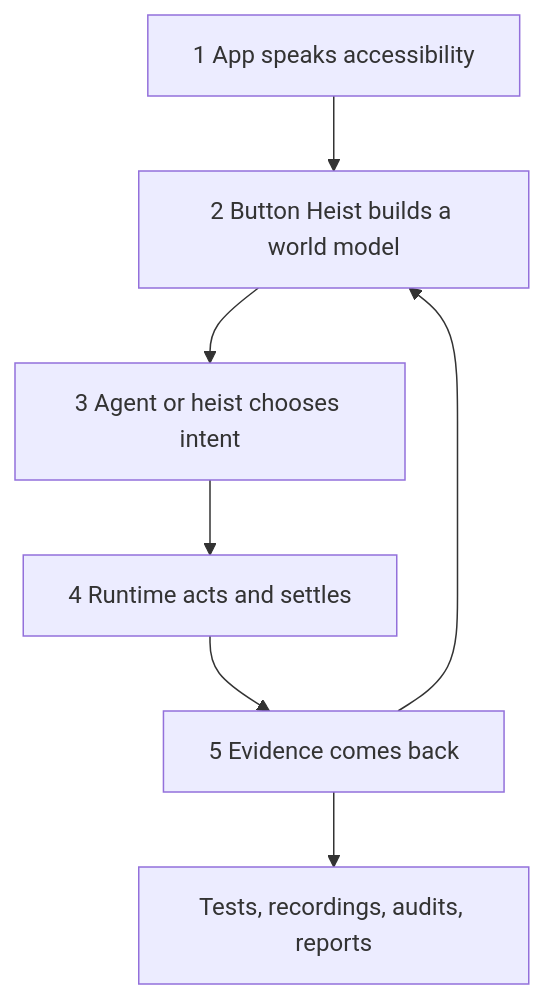
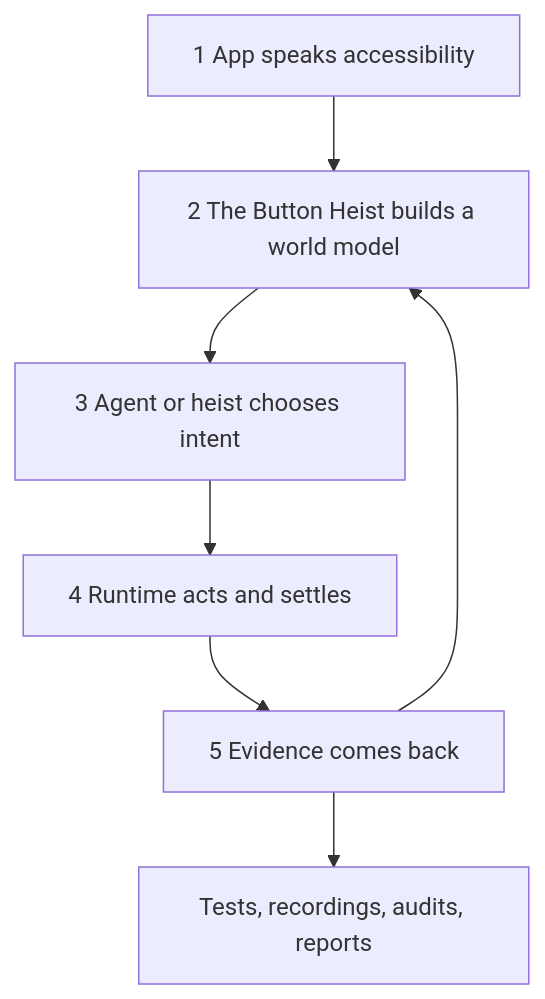
Before and after one commit to RoyalPineapple/TheButtonHeist: the first of 2 diagrams in README.md, drawn with Mermaid. The commit also changed other lines of this file, not shown here.

````diff
--- a/README.md
+++ b/README.md
@@ -30,16 +30,16 @@
 ```mermaid
 flowchart TB
     AX["1 App speaks accessibility"]
-    Model["2 Button Heist builds a world model"]
+    Model["2 The Button Heist builds a world model"]
     Intent["3 Agent or heist chooses intent"]
     Runtime["4 Runtime acts and settles"]
     Evidence["5 Evidence comes back"]
     Output["Tests, recordings, audits, reports"]
 
     AX --> Model
     Model --> Intent
     Intent --> Runtime
     Runtime --> Evidence
     Evidence --> Model
     Evidence --> Output
 ```
````
